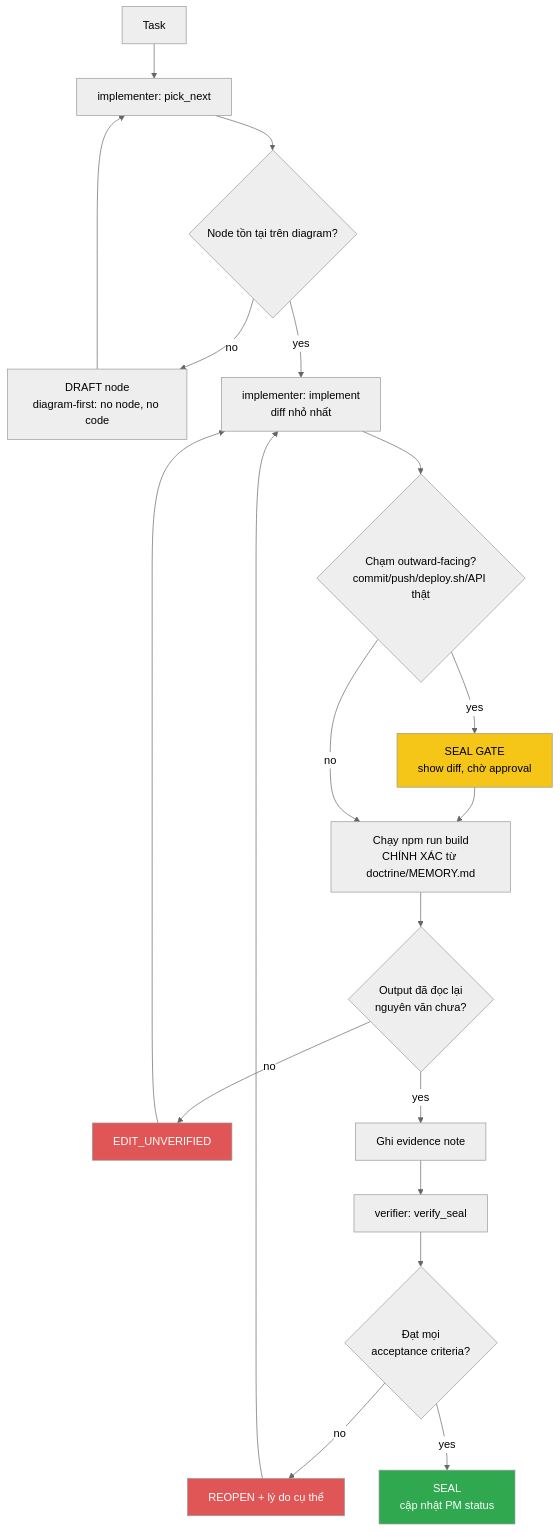
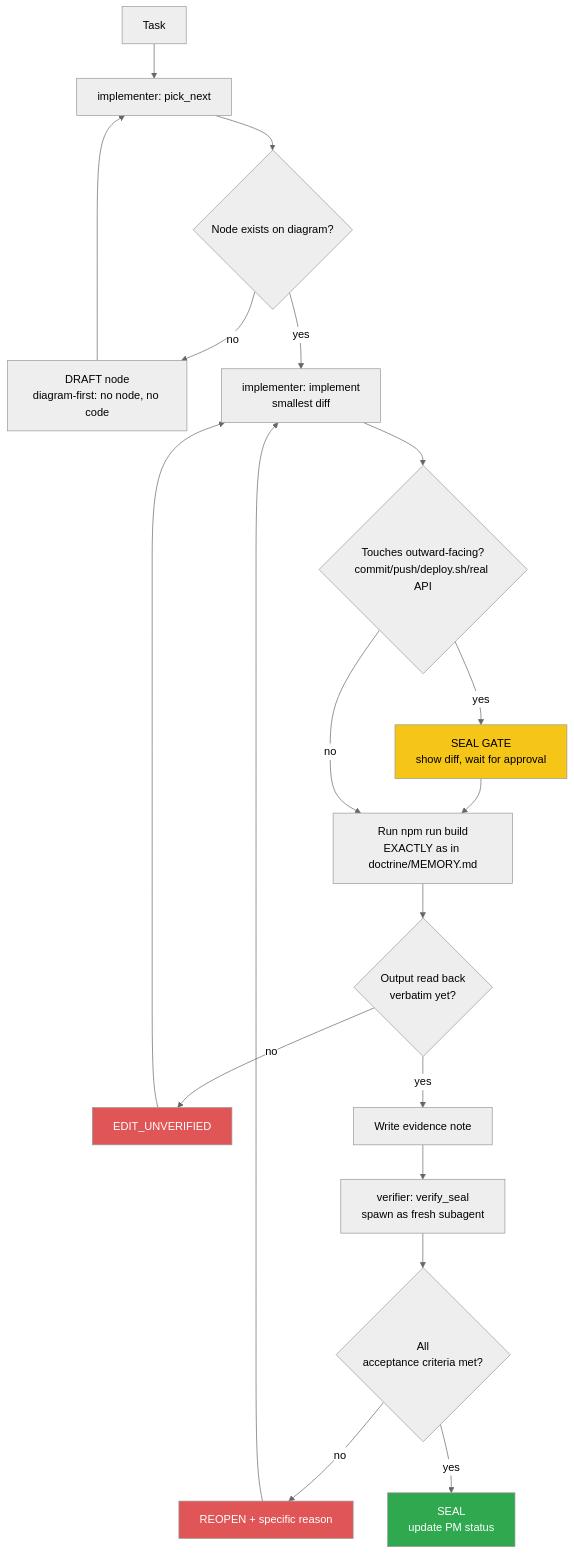
The diagram in agent-hub/haven/diagrams/dev-loop.prime-mermaid.md (datvt243/vue-resume-web), drawn with Mermaid (neutral theme) before and after one commit. The commit also changed other lines of this file and 6 other files, not shown here.

````diff
--- a/agent-hub/haven/diagrams/dev-loop.prime-mermaid.md
+++ b/agent-hub/haven/diagrams/dev-loop.prime-mermaid.md
@@ -10,28 +10,28 @@
 ```mermaid
 flowchart TD
     task[Task] --> pick[implementer: pick_next]
-    pick --> exist{Node tồn tại trên diagram?}
+    pick --> exist{Node exists on diagram?}
     exist -- no --> draft[DRAFT node<br/>diagram-first: no node, no code]
     draft --> pick
-    exist -- yes --> impl[implementer: implement<br/>diff nhỏ nhất]
-    impl --> outward{Chạm outward-facing?<br/>commit/push/deploy.sh/API thật}
-    outward -- yes --> gate[SEAL GATE<br/>show diff, chờ approval]
+    exist -- yes --> impl[implementer: implement<br/>smallest diff]
+    impl --> outward{Touches outward-facing?<br/>commit/push/deploy.sh/real API}
+    outward -- yes --> gate[SEAL GATE<br/>show diff, wait for approval]
     gate --> test
-    outward -- no --> test[Chạy npm run build<br/>CHÍNH XÁC từ doctrine/MEMORY.md]
-    test --> readback{Output đã đọc lại<br/>nguyên văn chưa?}
+    outward -- no --> test[Run npm run build<br/>EXACTLY as in doctrine/MEMORY.md]
+    test --> readback{Output read back<br/>verbatim yet?}
     readback -- no --> unverified[EDIT_UNVERIFIED]
     unverified --> impl
-    readback -- yes --> evidence[Ghi evidence note]
-    evidence --> verifier[verifier: verify_seal]
-    verifier --> verdict{Đạt mọi<br/>acceptance criteria?}
-    verdict -- no --> reopen[REOPEN + lý do cụ thể]
+    readback -- yes --> evidence[Write evidence note]
+    evidence --> verifier[verifier: verify_seal<br/>spawn as fresh subagent]
+    verifier --> verdict{All<br/>acceptance criteria met?}
+    verdict -- no --> reopen[REOPEN + specific reason]
     reopen --> impl
-    verdict -- yes --> seal[SEAL<br/>cập nhật PM status]
+    verdict -- yes --> seal[SEAL<br/>update PM status]
 
     classDef gate fill:#f5c518,color:#000
     classDef bad fill:#e05555,color:#fff
     classDef good fill:#2fa84f,color:#fff
     class gate gate
     class unverified,reopen bad
     class seal good
 ```
````
